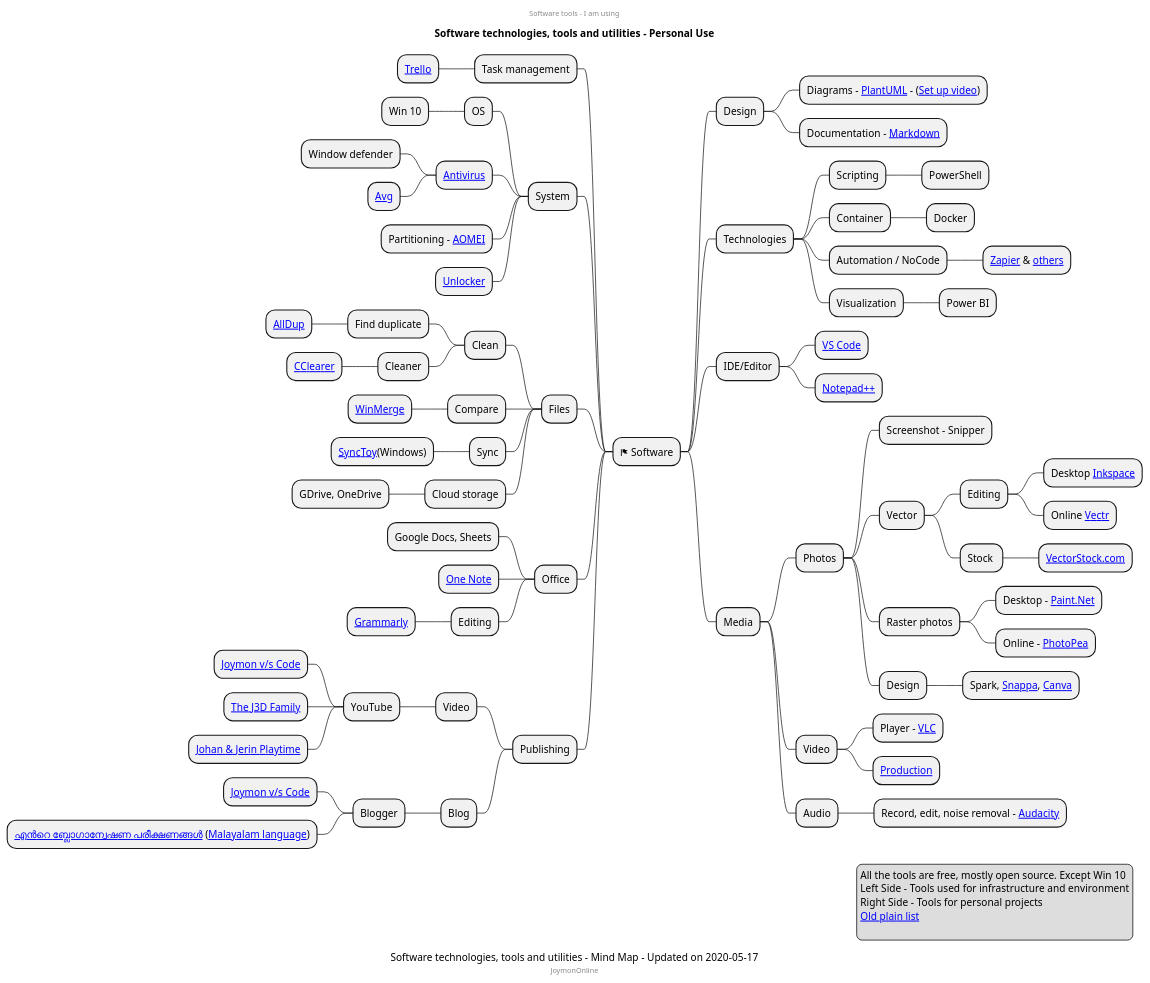
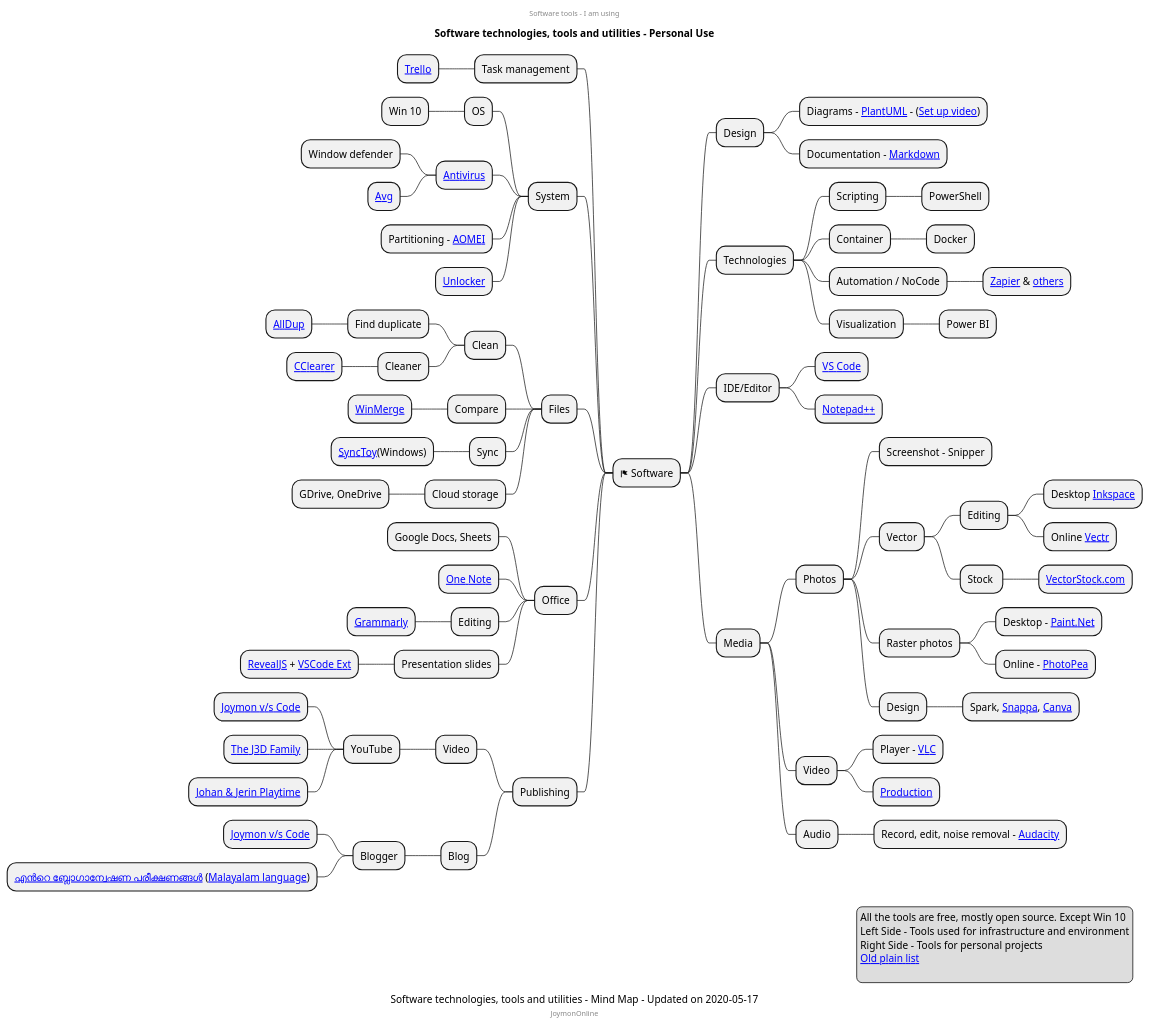
The diagram in software-tools/personal-tools.puml (mind-maps/software), drawn with PlantUML before and after one commit.

Commit message:
Updated tools with RevealJS

```diff
--- a/software-tools/personal-tools.puml
+++ b/software-tools/personal-tools.puml
@@ -1,93 +1,95 @@
 @startmindmap
 center header
 Software tools - I am using
 endheader
 title Software technologies, tools and utilities - Personal Use
 caption Software technologies, tools and utilities - Mind Map - Updated on 2020-05-17
 center footer JoymonOnline
 * <&flag> Software
 ** Design
 *** Diagrams - [[https://en.wikipedia.org/wiki/PlantUML PlantUML]] - ([[https://www.youtube.com/watch?v=Zt3Bj1HMJ8g Set up video]])
 *** Documentation - [[https://en.wikipedia.org/wiki/Markdown Markdown]]
 ** Technologies
 *** Scripting
 **** PowerShell
 *** Container
 **** Docker
 *** Automation / NoCode
 **** [[https://zapier.com/home Zapier]] & [[https://gist.github.com/joymon/89aeb18bef588895426b46a54e2ba970 others]]
 *** Visualization
 **** Power BI
 ** IDE/Editor
 *** [[https://code.visualstudio.com/ VS Code]]
 *** [[https://notepad-plus-plus.org/ Notepad++]]
 
 ** Media
 *** Photos
 **** Screenshot - Snipper
 **** Vector
 ***** Editing
 ****** Desktop [[https://inkscape.org/ Inkspace]]
 ****** Online [[https://vectr.com/ Vectr]]
 ***** Stock 
 ****** [[https://www.vectorstock.com/ VectorStock.com]]
 **** Raster photos
 ***** Desktop - [[https://www.getpaint.net/ Paint.Net]]
 ***** Online - [[https://www.photopea.com/ PhotoPea]]
 **** Design
 ***** Spark, [[https://snappa.com/ Snappa]], [[https://www.canva.com/ Canva]]
 *** Video
 **** Player - [[https://www.videolan.org/vlc/download-windows.html VLC]]
 **** [[https://www.plantuml.com/plantuml/proxy?fmt=svg&cache=no&src=https://raw.githubusercontent.com/mind-maps/technology/master/media/video/publishing.puml Production]]
 *** Audio
 **** Record, edit, noise removal - [[https://www.audacityteam.org/download/ Audacity]]
 
 left side
 
 ** Task management
 *** [[https://trello.com/ Trello]]
 ** System
 *** OS
 **** Win 10
 *** [[https://www.av-test.org/en/antivirus/home-windows/ Antivirus]]
 **** Window defender
 **** [[https://www.avg.com/ Avg]]
 *** Partitioning - [[https://www.diskpart.com/free-partition-manager.html AOMEI]]
 *** [[http://www.emptyloop.com/unlocker/ Unlocker]]
 ** Files
 *** Clean
 **** Find duplicate
 ***** [[http://www.alldup.info/en_download_alldup.php AllDup]]
 **** Cleaner
 ***** [[https://www.ccleaner.com/ CClearer]]
 *** Compare
 **** [[https://winmerge.org/?lang=en WinMerge]]
 *** Sync
 **** [[https://www.microsoft.com/en-us/download/details.aspx?id=15155 SyncToy]](Windows)
 *** Cloud storage
 **** GDrive, OneDrive
 ** Office
 *** Google Docs, Sheets
 *** [[https://www.onenote.com/ One Note]]
 *** Editing
 **** [[https://app.grammarly.com/ Grammarly]]
+*** Presentation slides
+**** [[https://revealjs.com/ RevealJS]] + [[https://marketplace.visualstudio.com/items?itemName=evilz.vscode-reveal VSCode Ext]]
 ** Publishing
 *** Video
 **** YouTube
 ***** [[https://www.youtube.com/channel/UC78wYrq_keVaDV8STReHRxg Joymon v/s Code]]
 ***** [[https://www.youtube.com/channel/UCzYqSifCwLYpmgRxvNo7BzA The J3D Family]]
 ***** [[https://www.youtube.com/channel/UC1D3Fy0L0aoI0OfUEZnWy5A Johan & Jerin Playtime]]
 *** Blog
 **** Blogger
 ***** [[https://joymonscode.blogspot.com/ Joymon v/s Code]]
 ***** [[https://joy-mon.blogspot.com/ എന്‍റെ ബ്ലോഗാന്വേഷണ പരീക്ഷണങ്ങള്‍]] ([[https://en.wikipedia.org/wiki/Malayalam Malayalam language]])
 
 legend right
 All the tools are free, mostly open source. Except Win 10
 Left Side - Tools used for infrastructure and environment
 Right Side - Tools for personal projects
 [[https://joymonscode.blogspot.com/2017/05/toolbox-for-open-source-developers.html Old plain list]]
   
 endlegend
 
 @endmindmap
```
